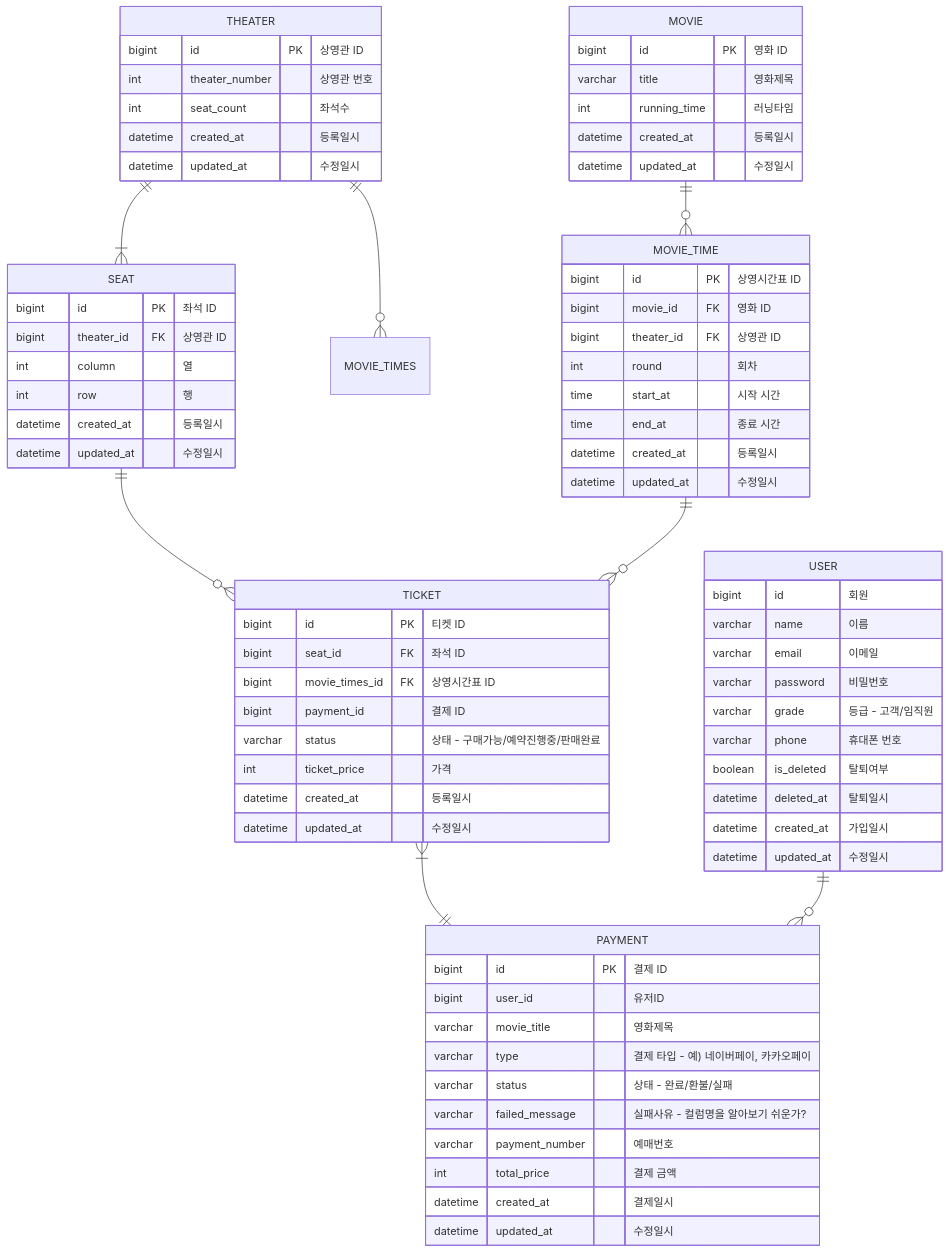
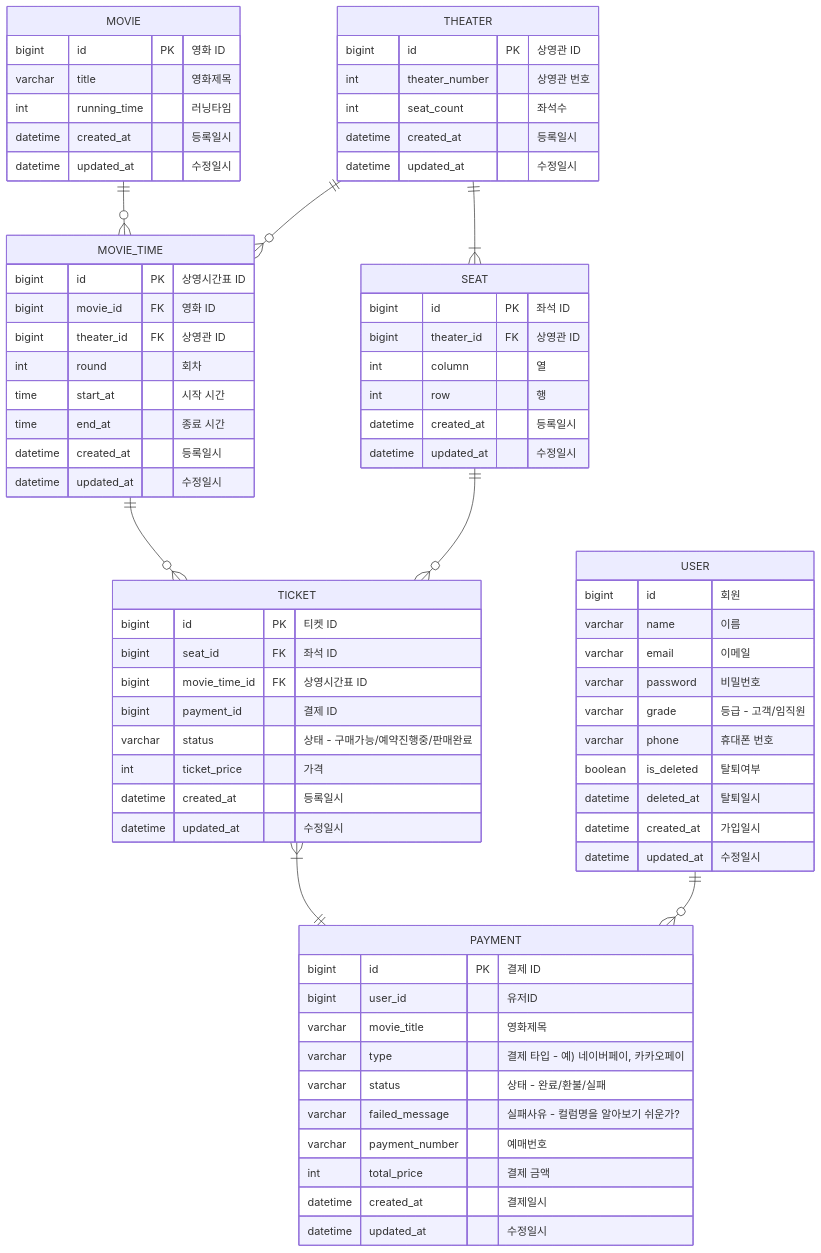
The diagram in README.md (f-lab-edu/Ticketing), drawn with Mermaid before and after one commit.

````diff
--- a/README.md
+++ b/README.md
@@ -45,76 +45,76 @@
 ``` mermaid
 erDiagram
     MOVIE ||--o{ MOVIE_TIME : ""
     MOVIE {
         bigint id PK "영화 ID"
         varchar title "영화제목"
         int running_time "러닝타임"
         datetime created_at "등록일시"
         datetime updated_at "수정일시"
     }
-    THEATER ||--o{ MOVIE_TIMES : ""
+    THEATER ||--o{ MOVIE_TIME : ""
     THEATER ||--|{ SEAT : ""
     THEATER {
         bigint id PK "상영관 ID"
         int theater_number "상영관 번호"
         int seat_count "좌석수"
         datetime created_at "등록일시"
         datetime updated_at "수정일시"
     }
     SEAT ||--o{ TICKET : ""
     SEAT {
         bigint id PK "좌석 ID"
         bigint theater_id FK "상영관 ID"
         int column "열"
         int row "행"
         datetime created_at "등록일시"
         datetime updated_at "수정일시"
     }
     MOVIE_TIME ||--o{ TICKET : ""
     MOVIE_TIME {
         bigint id PK "상영시간표 ID"
         bigint movie_id FK "영화 ID"
         bigint theater_id FK "상영관 ID"
         int round "회차"
         time start_at "시작 시간"
         time end_at "종료 시간"
         datetime created_at "등록일시"
         datetime updated_at "수정일시"
     }
     TICKET {
         bigint id PK "티켓 ID"
         bigint seat_id FK "좌석 ID"
-        bigint movie_times_id FK "상영시간표 ID"
+        bigint movie_time_id FK "상영시간표 ID"
         bigint payment_id "결제 ID"
         varchar status "상태 - 구매가능/예약진행중/판매완료"
         int ticket_price "가격"
         datetime created_at "등록일시"
         datetime updated_at "수정일시"
     }
     TICKET }|--|| PAYMENT : ""
     PAYMENT {
         bigint id PK "결제 ID"
         bigint user_id "유저ID"
         varchar movie_title "영화제목"
         varchar type "결제 타입 - 예) 네이버페이, 카카오페이"
         varchar status "상태 - 완료/환불/실패"
         varchar failed_message "실패사유 - 컬럼명을 알아보기 쉬운가?"
         varchar payment_number "예매번호"
         int total_price "결제 금액"
         datetime created_at "결제일시"
         datetime updated_at "수정일시"
     }
     USER ||--o{ PAYMENT : ""
     USER {
         bigint id "회원"
         varchar name "이름"
         varchar email "이메일"
         varchar password "비밀번호"
         varchar grade "등급 - 고객/임직원"
         varchar phone "휴대폰 번호"
         boolean is_deleted "탈퇴여부"
         datetime deleted_at "탈퇴일시"
         datetime created_at "가입일시"
         datetime updated_at "수정일시"
     }
 ```
````
